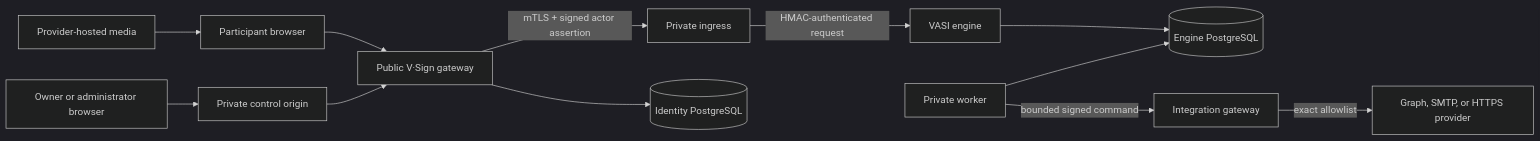
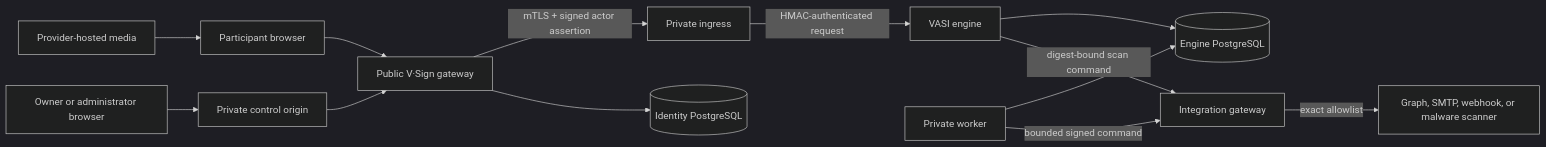
The diagram in docs/assurance-and-pilot-readiness.md (AznIronMan/VASI), drawn with Mermaid (dark theme) before and after one commit. The commit also changed other lines of this file and 58 other files, not shown here.

````diff
--- a/docs/assurance-and-pilot-readiness.md
+++ b/docs/assurance-and-pilot-readiness.md
@@ -11,14 +11,15 @@
 ```mermaid
 flowchart LR
   participant["Participant browser"] --> gateway["Public V·Sign gateway"]
   owner["Owner or administrator browser"] --> private_ui["Private control origin"]
   private_ui --> gateway
   gateway -->|"mTLS + signed actor assertion"| ingress["Private ingress"]
   ingress -->|"HMAC-authenticated request"| engine["VASI engine"]
   engine --> engine_db[("Engine PostgreSQL")]
   gateway --> auth_db[("Identity PostgreSQL")]
   worker["Private worker"] --> engine_db
   worker -->|"bounded signed command"| integration["Integration gateway"]
-  integration -->|"exact allowlist"| provider["Graph, SMTP, or HTTPS provider"]
+  engine -->|"digest-bound scan command"| integration
+  integration -->|"exact allowlist"| provider["Graph, SMTP, webhook, or malware scanner"]
   media["Provider-hosted media"] --> participant
 ```
````
